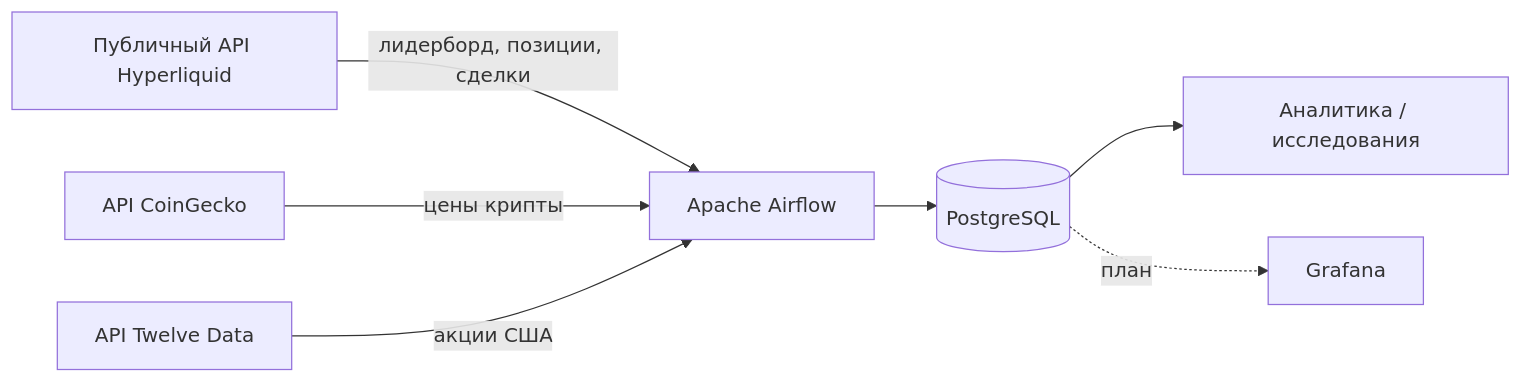
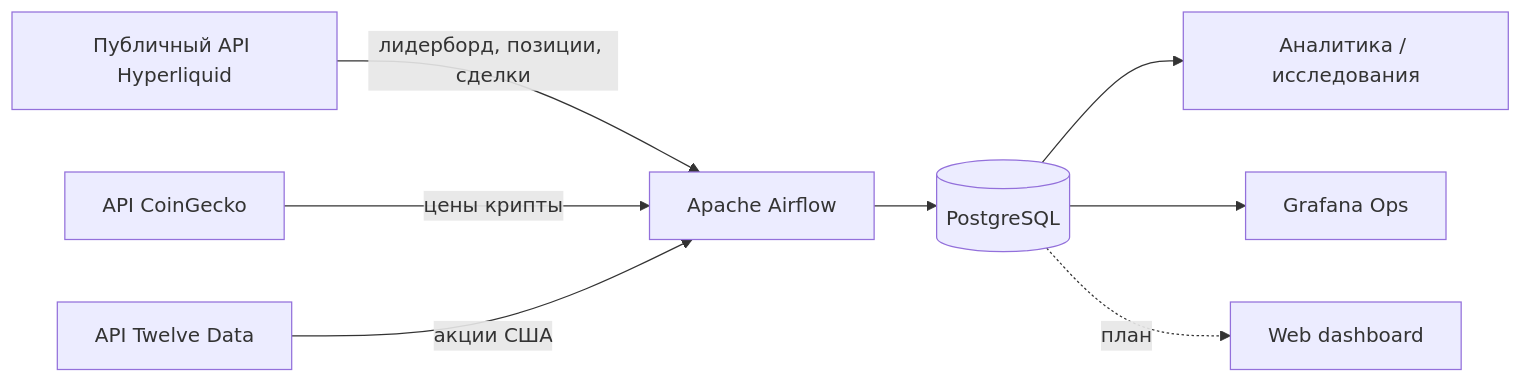
One commit to NoTimur/DeepWhale changed the first of 3 diagrams in README.ru.md. Above: the diagram before and after it, drawn with Mermaid. The commit also changed other lines of this file and 3 other files, not shown here.

````diff
--- a/README.ru.md
+++ b/README.ru.md
@@ -44,9 +44,10 @@
 ```mermaid
 flowchart LR
     HL[Публичный API Hyperliquid] -->|лидерборд, позиции, сделки| AF[Apache Airflow]
     CG[API CoinGecko] -->|цены крипты| AF
     TD[API Twelve Data] -->|акции США| AF
     AF --> PG[(PostgreSQL)]
     PG --> AN[Аналитика / исследования]
-    PG -. план .-> GF[Grafana]
+    PG --> GF[Grafana Ops]
+    PG -. план .-> WEB[Web dashboard]
 ```
````
